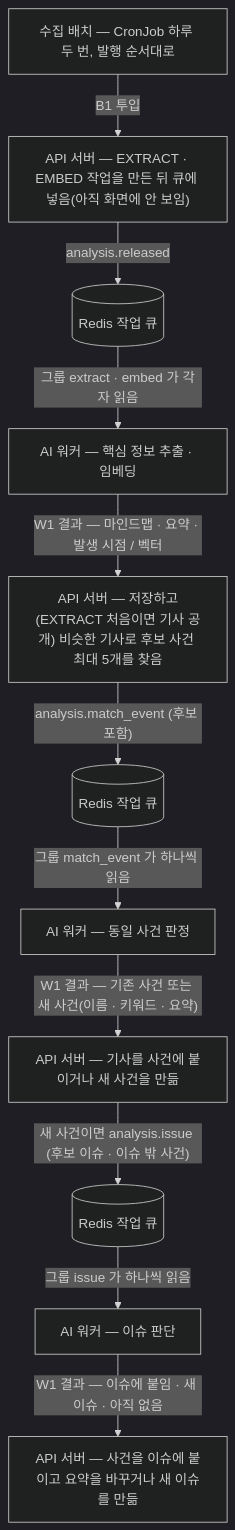
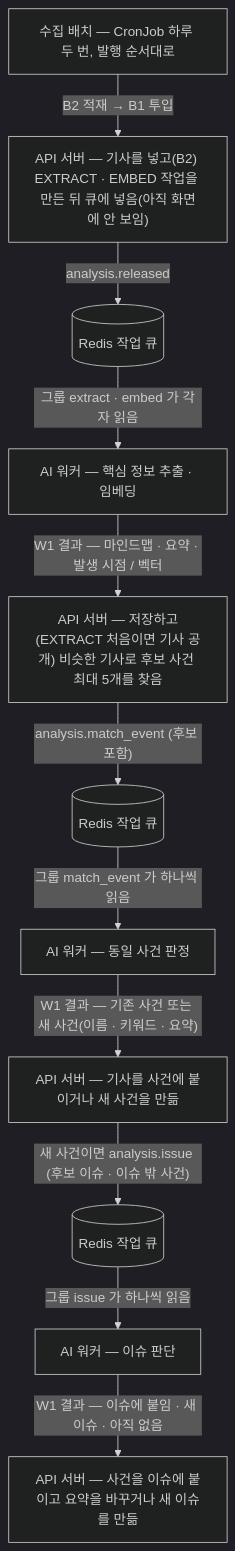
One commit to a102-NEWLEARN/NEW-LEARN changed the first of 3 diagrams in docs/api-internal.md. Above: the diagram before and after it, drawn with Mermaid (dark theme). The commit also changed other lines of this file and 8 other files, not shown here.

````diff
--- a/docs/api-internal.md
+++ b/docs/api-internal.md
@@ -20,13 +21,13 @@
 ```mermaid
 flowchart TD
-  B["수집 배치 — CronJob 하루 두 번, 발행 순서대로"] -->|"B1 투입"| A1["API 서버 — EXTRACT · EMBED 작업을 만든 뒤 큐에 넣음(아직 화면에 안 보임)"]
+  B["수집 배치 — CronJob 하루 두 번, 발행 순서대로"] -->|"B2 적재 → B1 투입"| A1["API 서버 — 기사를 넣고(B2) EXTRACT · EMBED 작업을 만든 뒤 큐에 넣음(아직 화면에 안 보임)"]
   A1 -->|"analysis.released"| Q1[("Redis 작업 큐")]
   Q1 -->|"그룹 extract · embed 가 각자 읽음"| W1["AI 워커 — 핵심 정보 추출 · 임베딩"]
   W1 -->|"W1 결과 — 마인드맵 · 요약 · 발생 시점 / 벡터"| A2["API 서버 — 저장하고(EXTRACT 처음이면 기사 공개) 비슷한 기사로 후보 사건 최대 5개를 찾음"]
   A2 -->|"analysis.match_event (후보 포함)"| Q2[("Redis 작업 큐")]
   Q2 -->|"그룹 match_event 가 하나씩 읽음"| W2["AI 워커 — 동일 사건 판정"]
   W2 -->|"W1 결과 — 기존 사건 또는 새 사건(이름 · 키워드 · 요약)"| A3["API 서버 — 기사를 사건에 붙이거나 새 사건을 만듦"]
   A3 -->|"새 사건이면 analysis.issue (후보 이슈 · 이슈 밖 사건)"| Q3[("Redis 작업 큐")]
   Q3 -->|"그룹 issue 가 하나씩 읽음"| W3["AI 워커 — 이슈 판단"]
   W3 -->|"W1 결과 — 이슈에 붙임 · 새 이슈 · 아직 없음"| A4["API 서버 — 사건을 이슈에 붙이고 요약을 바꾸거나 새 이슈를 만듦"]
 ```
````
